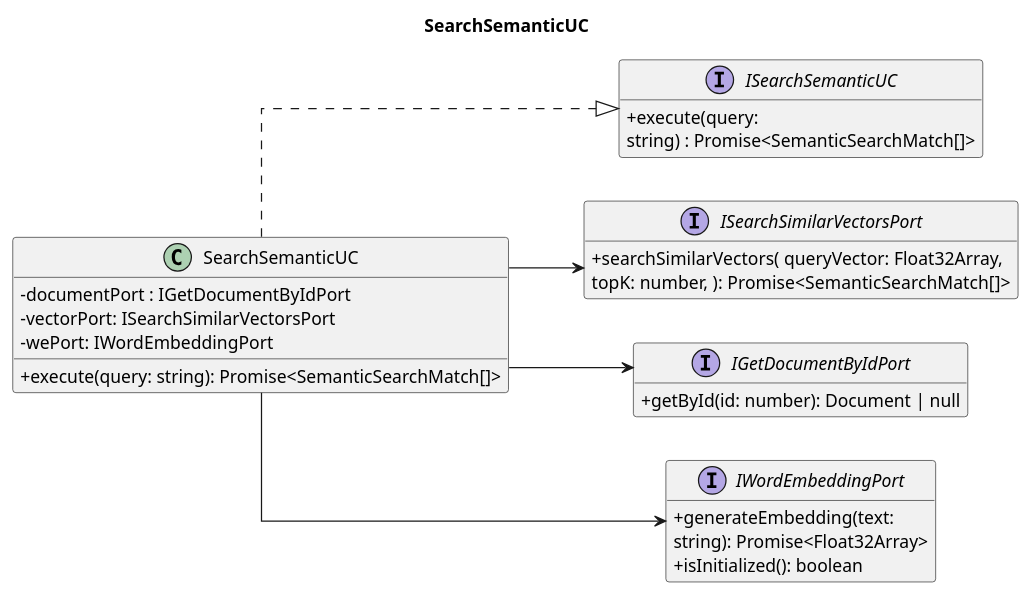
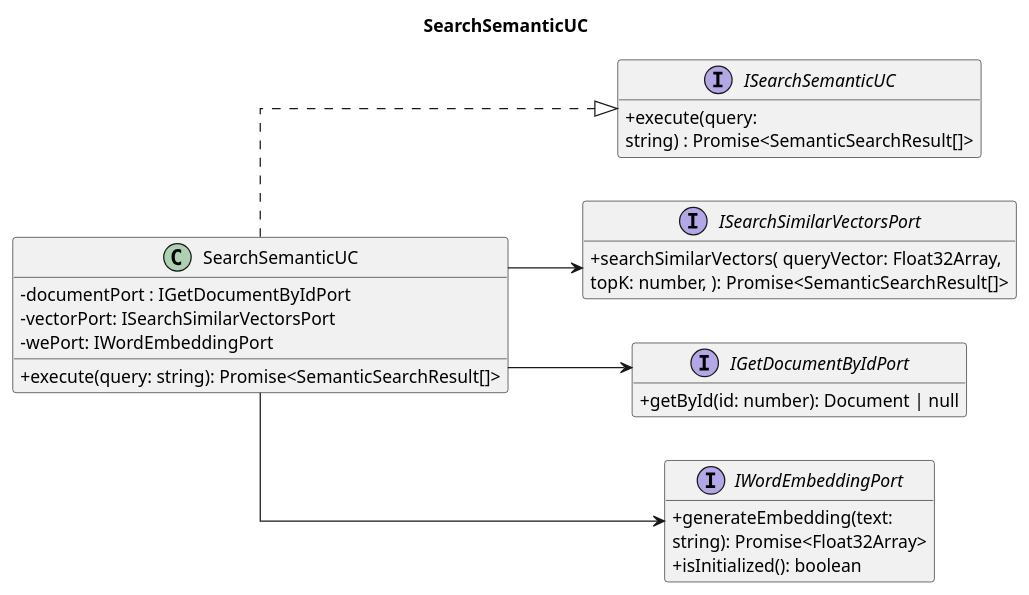
One commit to 7-ZPUs/Docs changed the fifth of 15 diagrams in 3_PB/DocumentiEsterni/DiagrammiSpecificaTecnica/C4/C4_backend_Search.puml. Above: the diagram before and after it, drawn with PlantUML. The commit also changed other lines of this file and 7 other files, not shown here.

```diff
--- a/3_PB/DocumentiEsterni/DiagrammiSpecificaTecnica/C4/C4_backend_Search.puml
+++ b/3_PB/DocumentiEsterni/DiagrammiSpecificaTecnica/C4/C4_backend_Search.puml
@@ -116,37 +116,37 @@
 @startuml
 title SearchSemanticUC
 
 left to right direction
 skinparam classAttributeIconSize 0
 skinparam linetype ortho
 hide empty members
 
 interface ISearchSemanticUC {
     + execute(query: 
-    string) : Promise<SemanticSearchMatch[]>
+    string) : Promise<SemanticSearchResult[]>
 }
 class SearchSemanticUC {
     - documentPort : IGetDocumentByIdPort
     - vectorPort: ISearchSimilarVectorsPort
     - wePort: IWordEmbeddingPort
-     + execute(query: string): Promise<SemanticSearchMatch[]>
+     + execute(query: string): Promise<SemanticSearchResult[]>
 }
 interface ISearchSimilarVectorsPort {
     + searchSimilarVectors( queryVector: Float32Array,
-    topK: number, ): Promise<SemanticSearchMatch[]>
+    topK: number, ): Promise<SemanticSearchResult[]>
 }
 interface IGetDocumentByIdPort {
     + getById(id: number): Document | null
 }
 interface IWordEmbeddingPort {
     + generateEmbedding(text: 
     string): Promise<Float32Array>
     + isInitialized(): boolean
 }
 
 SearchSemanticUC ..|> ISearchSemanticUC
 SearchSemanticUC --> ISearchSimilarVectorsPort
 SearchSemanticUC --> IWordEmbeddingPort
 SearchSemanticUC --> IGetDocumentByIdPort
 
 @enduml
```
